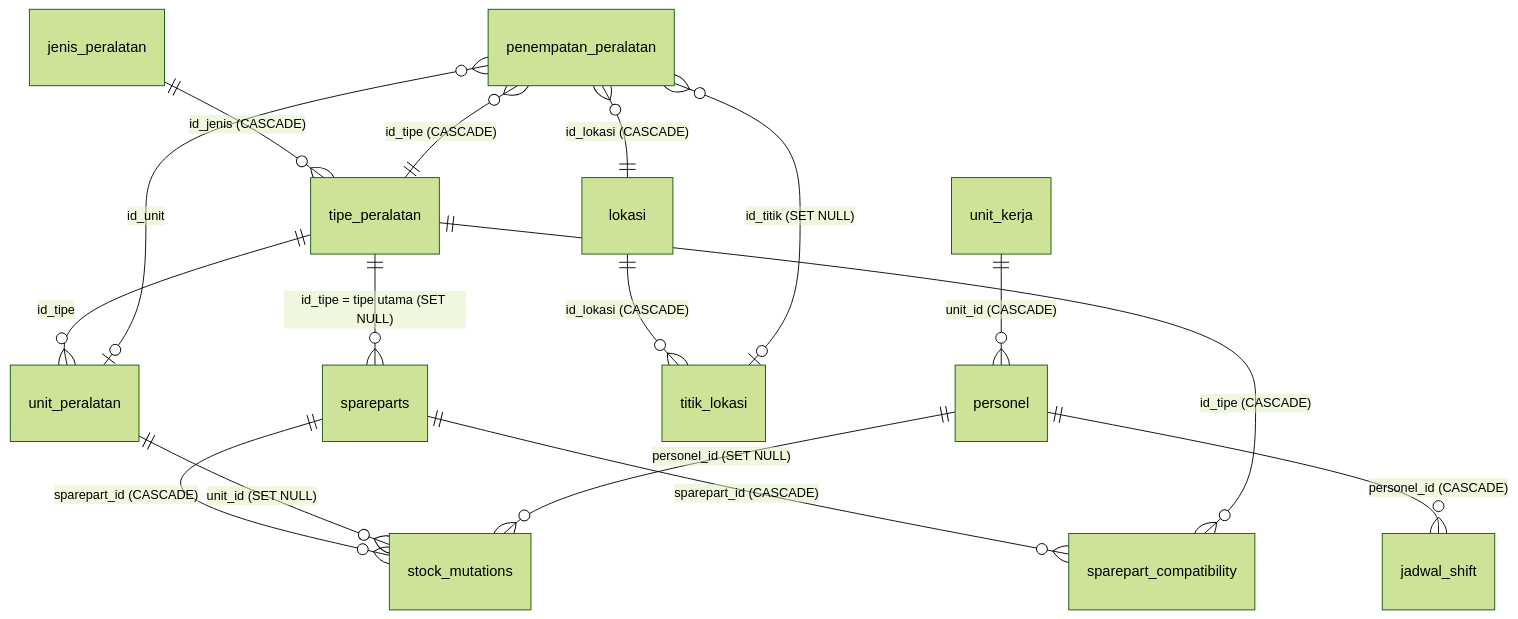
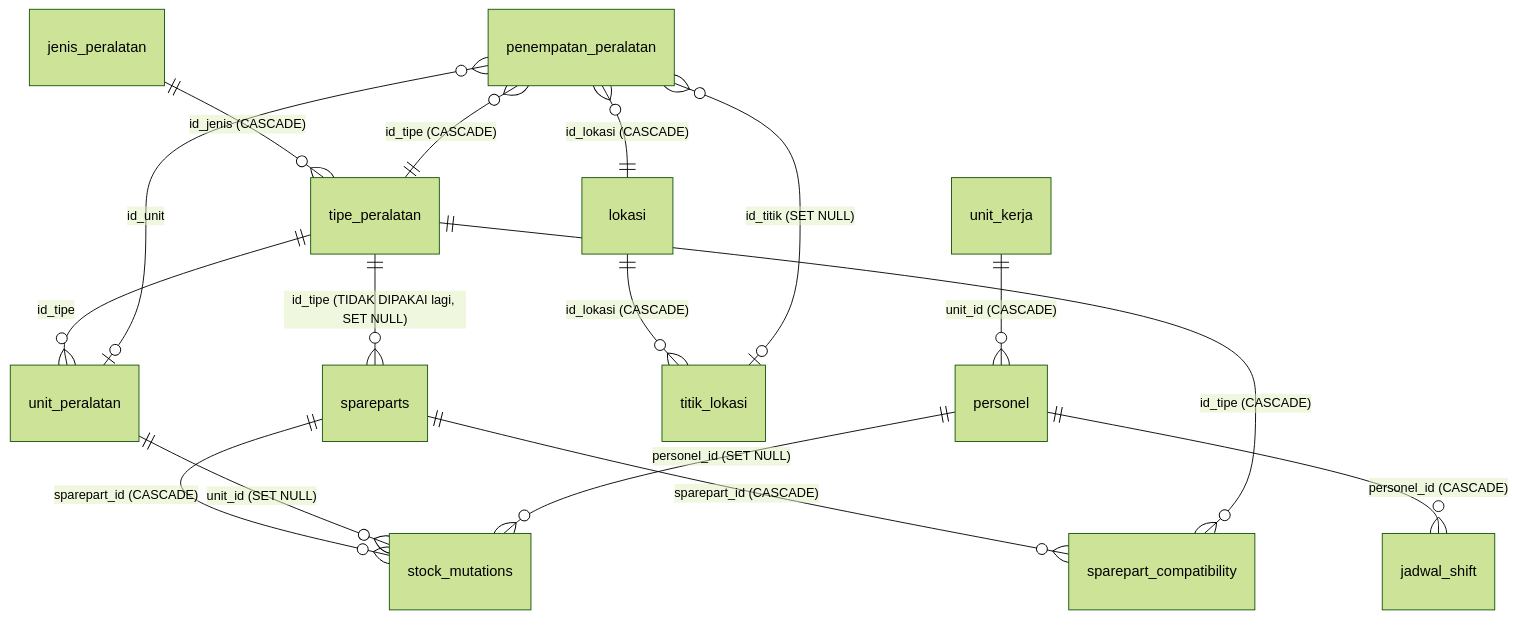
One commit to seevent/masih-berapa changed the diagram in docs/DATABASE.md. Above: the diagram before and after it, drawn with Mermaid (forest theme). The commit also changed other lines of this file and 33 other files, not shown here.

First line of the commit message:
feat: hapus "tipe utama" sparepart, pakai daftar kompatibel saja

````diff
--- a/docs/DATABASE.md
+++ b/docs/DATABASE.md
@@ -48,18 +48,18 @@
 ```mermaid
 erDiagram
     jenis_peralatan ||--o{ tipe_peralatan : "id_jenis (CASCADE)"
     tipe_peralatan ||--o{ unit_peralatan : "id_tipe"
-    tipe_peralatan ||--o{ spareparts : "id_tipe = tipe utama (SET NULL)"
+    tipe_peralatan ||--o{ spareparts : "id_tipe (TIDAK DIPAKAI lagi, SET NULL)"
     spareparts ||--o{ sparepart_compatibility : "sparepart_id (CASCADE)"
     tipe_peralatan ||--o{ sparepart_compatibility : "id_tipe (CASCADE)"
     lokasi ||--o{ titik_lokasi : "id_lokasi (CASCADE)"
     penempatan_peralatan }o--|| tipe_peralatan : "id_tipe (CASCADE)"
     penempatan_peralatan }o--|| lokasi : "id_lokasi (CASCADE)"
     penempatan_peralatan }o--o| titik_lokasi : "id_titik (SET NULL)"
     penempatan_peralatan }o--o| unit_peralatan : "id_unit"
     unit_kerja ||--o{ personel : "unit_id (CASCADE)"
     personel ||--o{ jadwal_shift : "personel_id (CASCADE)"
     spareparts ||--o{ stock_mutations : "sparepart_id (CASCADE)"
     unit_peralatan ||--o{ stock_mutations : "unit_id (SET NULL)"
     personel ||--o{ stock_mutations : "personel_id (SET NULL)"
 ```
````
